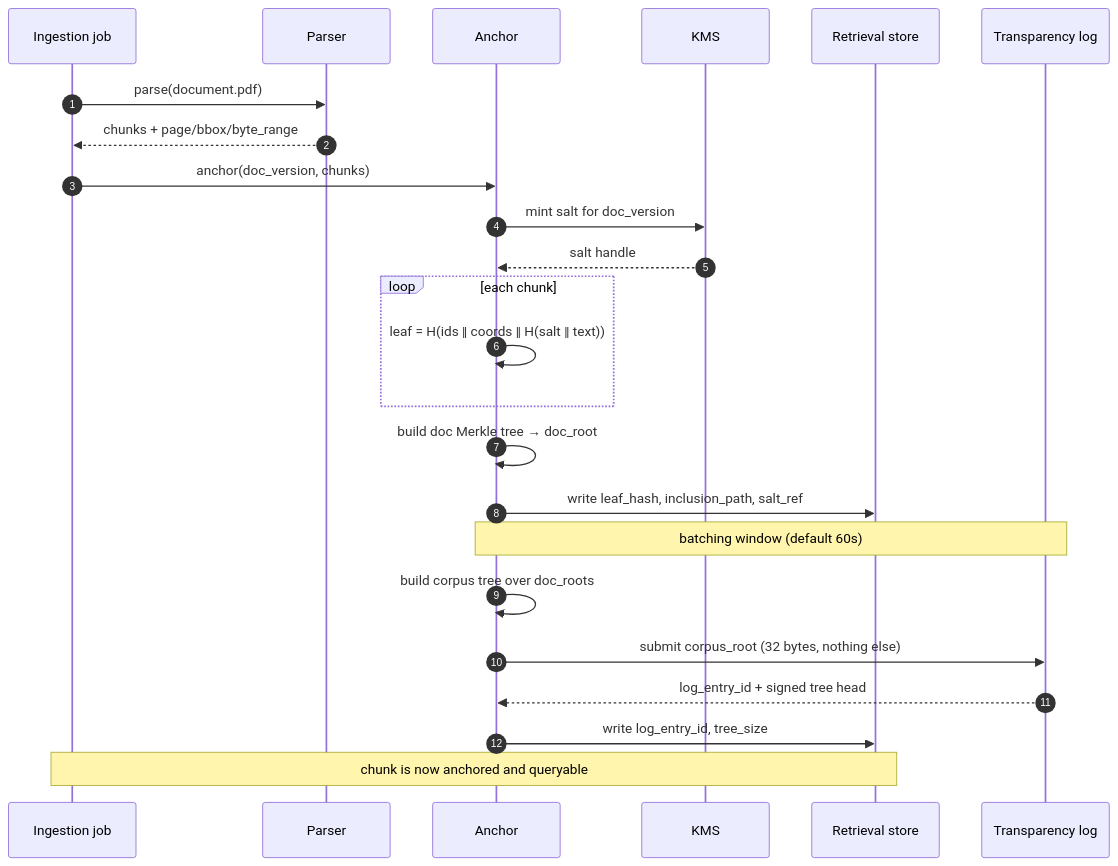
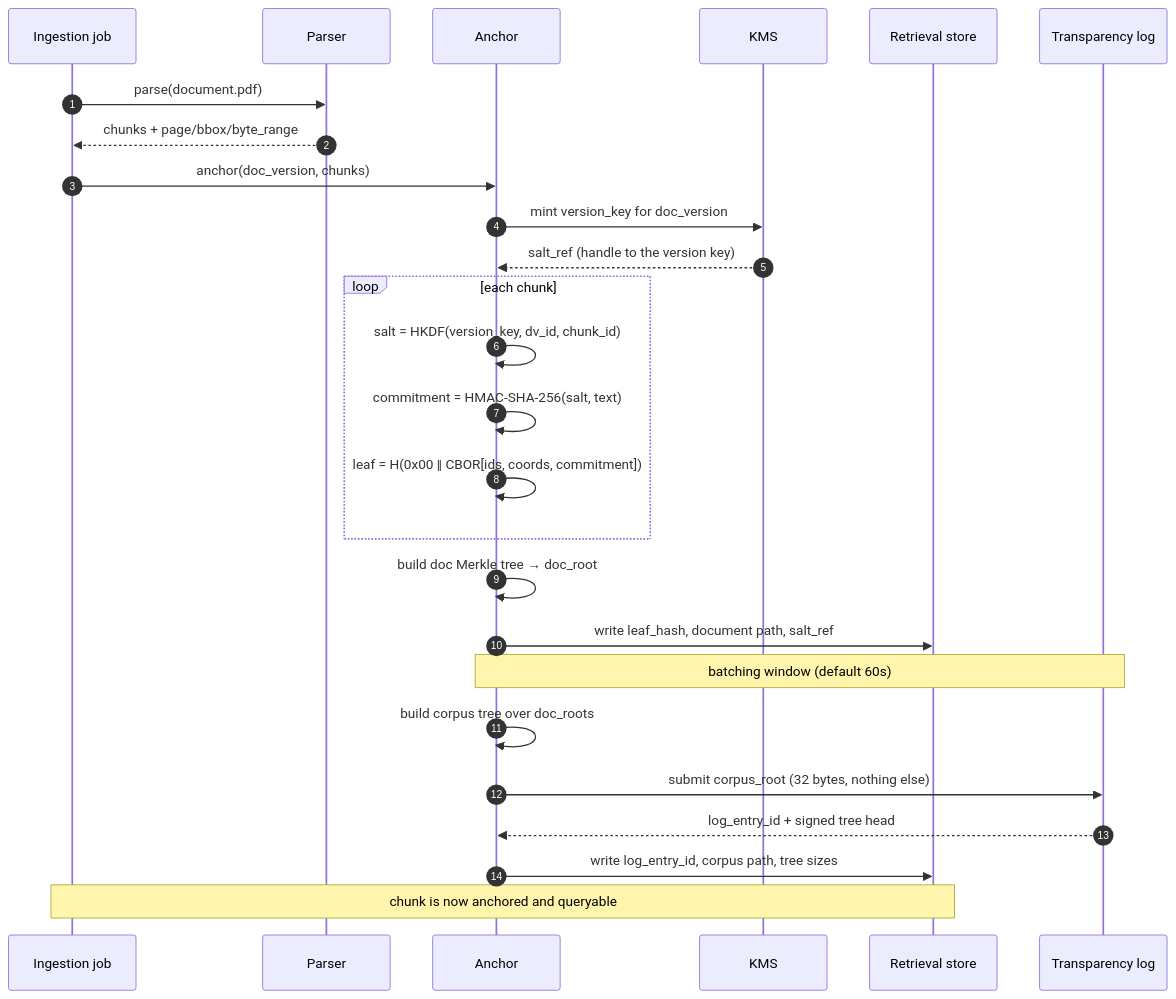
The third of 9 diagrams in docs/ARCHITECTURE.md (advisely/sourcemark), drawn with Mermaid before and after one commit. The commit also changed other lines of this file and 9 other files, not shown here.

````diff
--- a/docs/ARCHITECTURE.md
+++ b/docs/ARCHITECTURE.md
@@ -107,27 +107,29 @@
 ```mermaid
 sequenceDiagram
     autonumber
     participant J as Ingestion job
     participant P as Parser
     participant AN as Anchor
     participant KMS as KMS
     participant DB as Retrieval store
     participant LOG as Transparency log
 
     J->>P: parse(document.pdf)
     P-->>J: chunks + page/bbox/byte_range
     J->>AN: anchor(doc_version, chunks)
-    AN->>KMS: mint salt for doc_version
-    KMS-->>AN: salt handle
+    AN->>KMS: mint version_key for doc_version
+    KMS-->>AN: salt_ref (handle to the version key)
     loop each chunk
-        AN->>AN: leaf = H(ids ‖ coords ‖ H(salt ‖ text))
+        AN->>AN: salt = HKDF(version_key, dv_id, chunk_id)
+        AN->>AN: commitment = HMAC-SHA-256(salt, text)
+        AN->>AN: leaf = H(0x00 ‖ CBOR[ids, coords, commitment])
     end
     AN->>AN: build doc Merkle tree → doc_root
-    AN->>DB: write leaf_hash, inclusion_path, salt_ref
+    AN->>DB: write leaf_hash, document path, salt_ref
     Note over AN,LOG: batching window (default 60s)
     AN->>AN: build corpus tree over doc_roots
     AN->>LOG: submit corpus_root (32 bytes, nothing else)
     LOG-->>AN: log_entry_id + signed tree head
-    AN->>DB: write log_entry_id, tree_size
+    AN->>DB: write log_entry_id, corpus path, tree sizes
     Note over J,DB: chunk is now anchored and queryable
 ```
````
